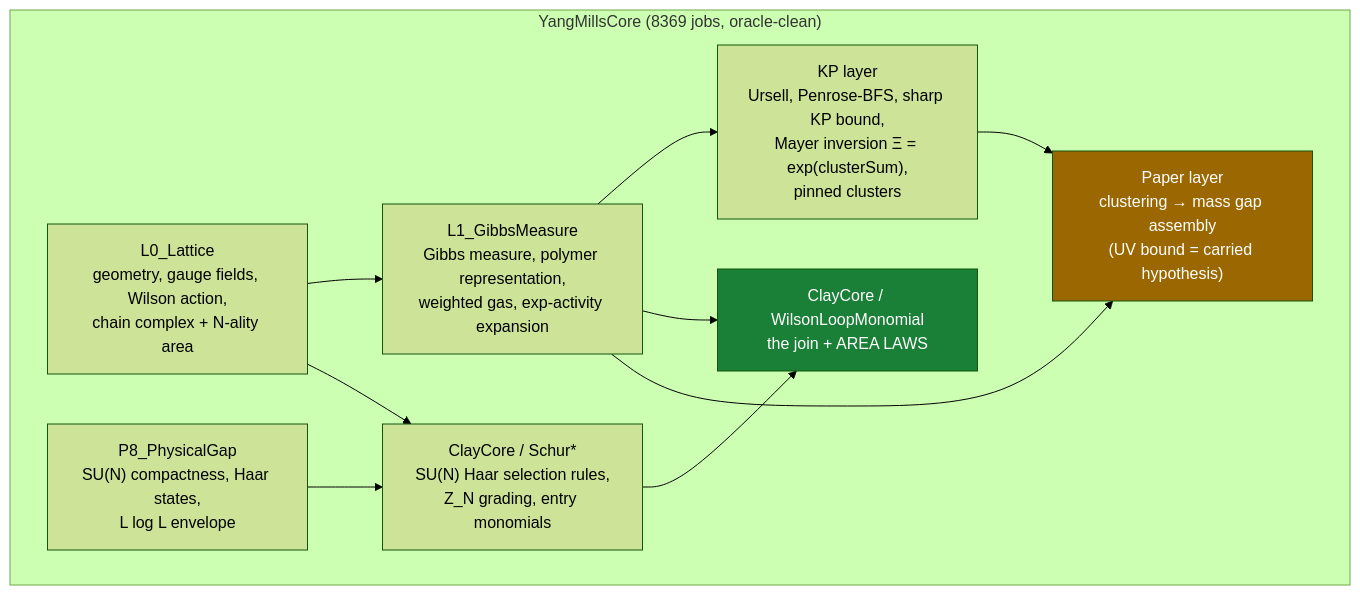
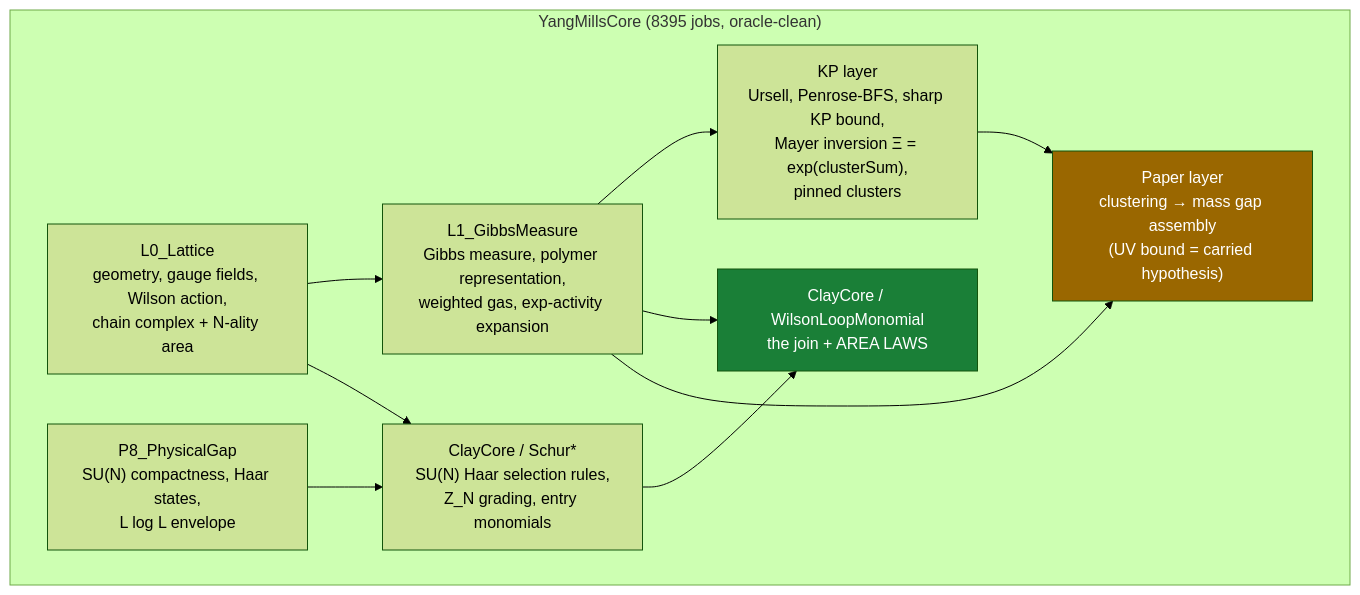
One commit to lluiseriksson/THE-ERIKSSON-PROGRAMME changed the diagram in README.md. Above: the diagram before and after it, drawn with Mermaid (forest theme). The commit also changed other lines of this file and 11 other files, not shown here.

````diff
--- a/README.md
+++ b/README.md
@@ -363,20 +363,20 @@
 ```mermaid
 graph TD
-    subgraph core["YangMillsCore  (8369 jobs, oracle-clean)"]
+    subgraph core["YangMillsCore  (8395 jobs, oracle-clean)"]
         L0["L0_Lattice<br/>geometry, gauge fields, Wilson action,<br/>chain complex + N-ality area"]
         L1["L1_GibbsMeasure<br/>Gibbs measure, polymer representation,<br/>weighted gas, exp-activity expansion"]
         KP["KP layer<br/>Ursell, Penrose-BFS, sharp KP bound,<br/>Mayer inversion Ξ = exp(clusterSum),<br/>pinned clusters"]
         SCHUR["ClayCore / Schur*<br/>SU(N) Haar selection rules,<br/>Z_N grading, entry monomials"]
         WLM["ClayCore / WilsonLoopMonomial<br/>the join + AREA LAWS"]
         PAPER["Paper layer<br/>clustering → mass gap assembly<br/>(UV bound = carried hypothesis)"]
         P8["P8_PhysicalGap<br/>SU(N) compactness, Haar states,<br/>L log L envelope"]
     end
     L0 --> L1 --> KP
     L0 --> SCHUR --> WLM
     L1 --> WLM
     L1 --> PAPER
     KP --> PAPER
     P8 --> SCHUR
     style WLM fill:#1a7f37,color:#fff
     style PAPER fill:#9a6700,color:#fff
 ```
````
